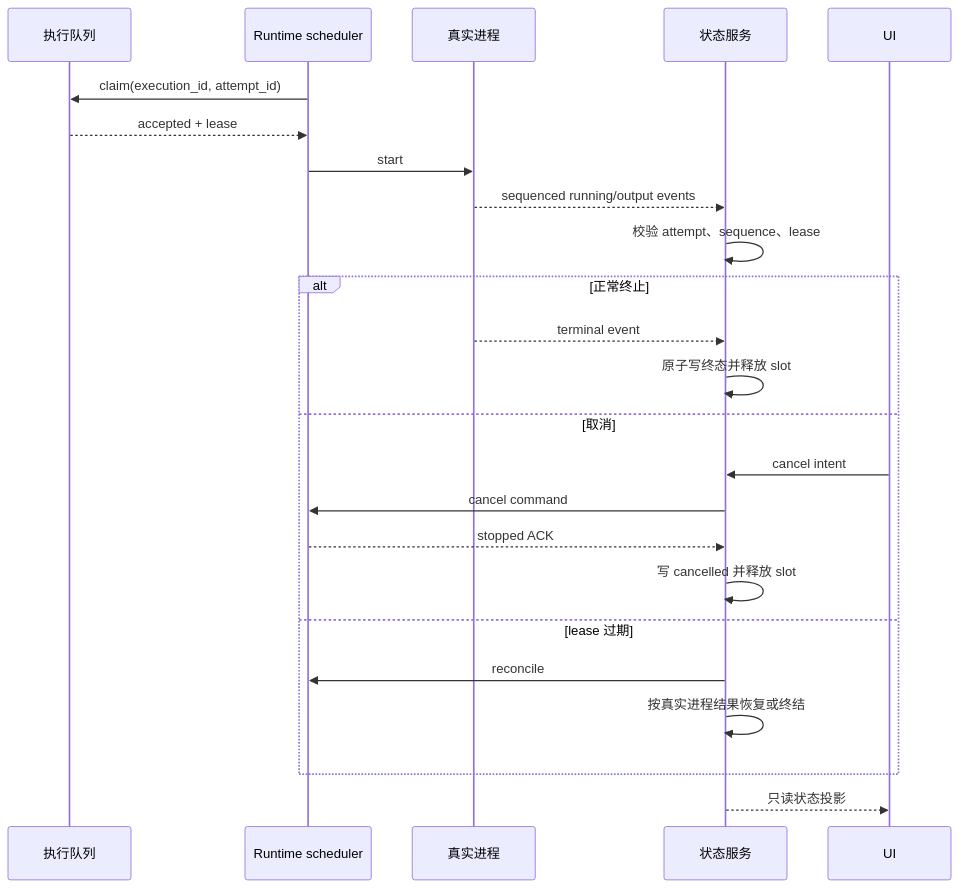
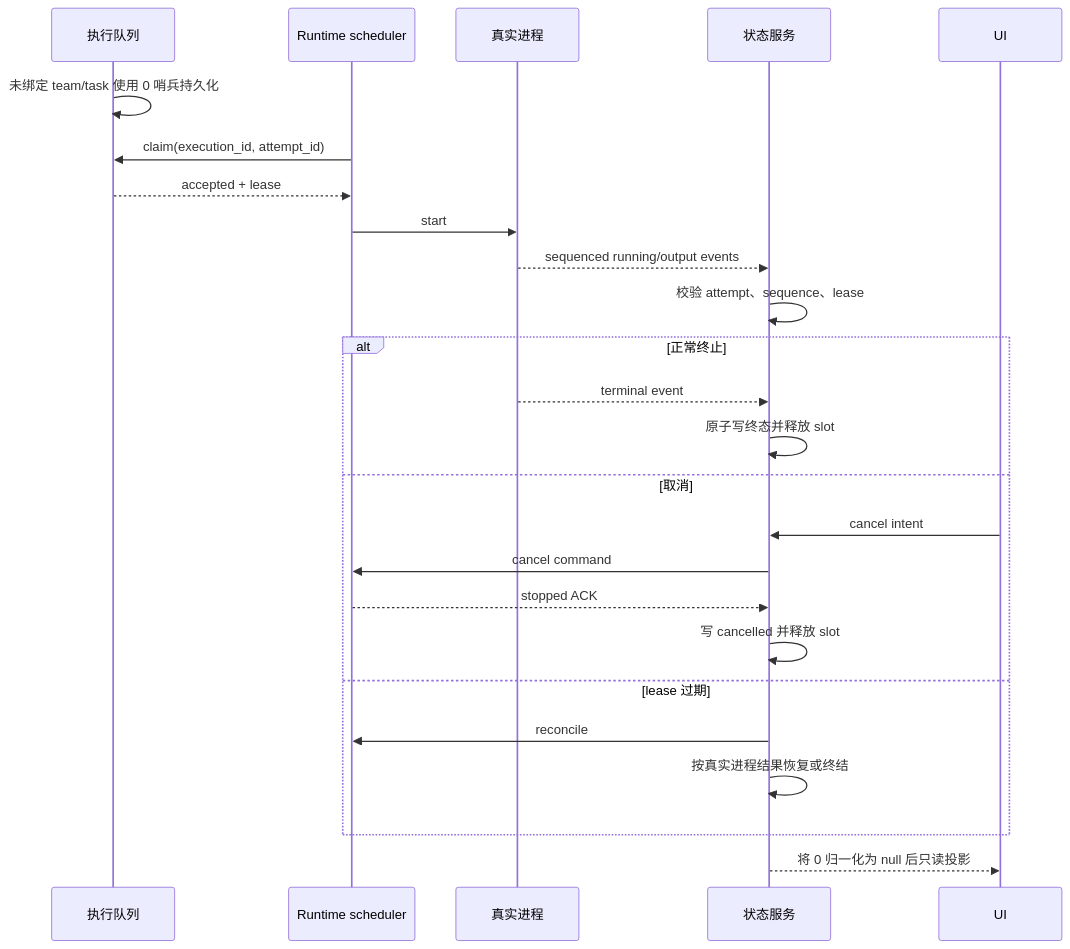
One commit to wecode-ai/Wegent changed the second of 2 diagrams in docs/zh/architecture/project-execution-state.md. Above: the diagram before and after it, drawn with Mermaid. The commit also changed other lines of this file and 17 other files, not shown here.

````diff
--- a/docs/zh/architecture/project-execution-state.md
+++ b/docs/zh/architecture/project-execution-state.md
@@ -25,27 +27,28 @@
 ```mermaid
 sequenceDiagram
     participant Q as 执行队列
     participant R as Runtime scheduler
     participant P as 真实进程
     participant S as 状态服务
     participant U as UI
 
+    Q->>Q: 未绑定 team/task 使用 0 哨兵持久化
     R->>Q: claim(execution_id, attempt_id)
     Q-->>R: accepted + lease
     R->>P: start
     P-->>S: sequenced running/output events
     S->>S: 校验 attempt、sequence、lease
     alt 正常终止
         P-->>S: terminal event
         S->>S: 原子写终态并释放 slot
     else 取消
         U->>S: cancel intent
         S->>R: cancel command
         R-->>S: stopped ACK
         S->>S: 写 cancelled 并释放 slot
     else lease 过期
         S->>R: reconcile
         S->>S: 按真实进程结果恢复或终结
     end
-    S-->>U: 只读状态投影
+    S-->>U: 将 0 归一化为 null 后只读投影
 ```
````
